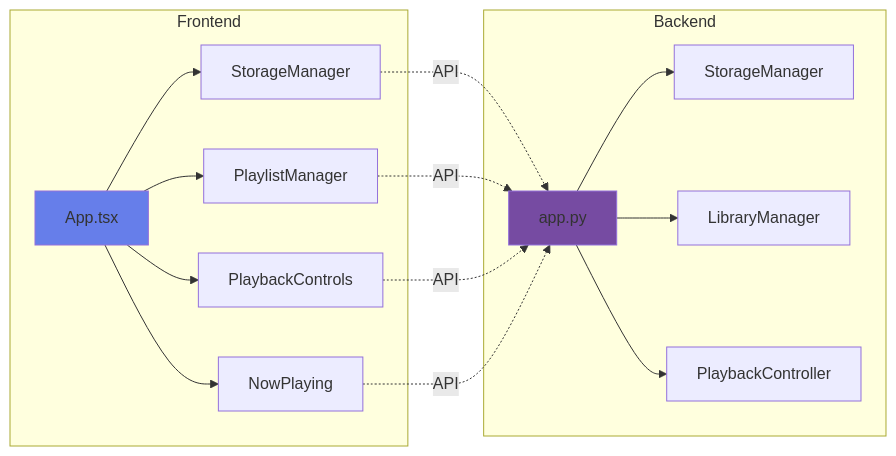
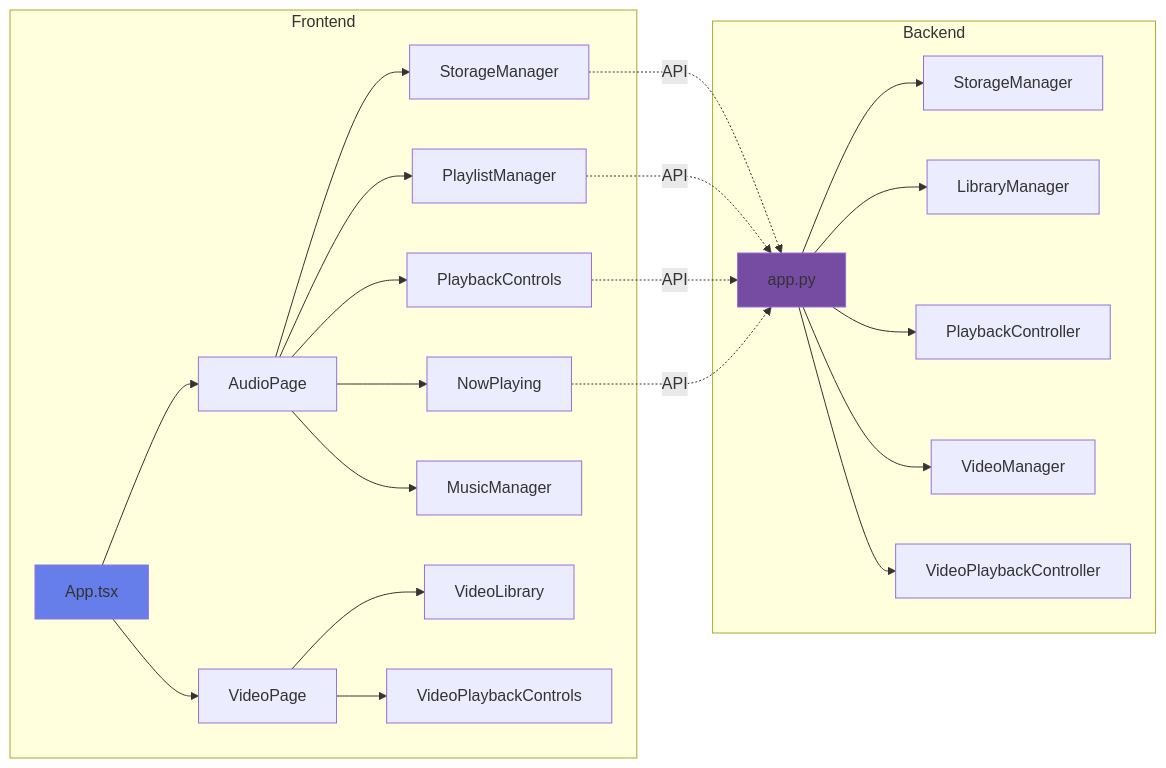
The second of 2 diagrams in README.md (xXLAOKOONXx/media-player), drawn with Mermaid before and after one commit. The commit also changed other lines of this file, not shown here.

Commit message:
Update documentation for video support

````diff
--- a/README.md
+++ b/README.md
@@ -62,23 +80,30 @@
 ```mermaid
 graph LR
     subgraph Frontend
-        A[App.tsx] --> B[StorageManager]
-        A --> C[PlaylistManager]
-        A --> D[PlaybackControls]
-        A --> E[NowPlaying]
+        A[App.tsx] --> AP[AudioPage]
+        A --> VP[VideoPage]
+        AP --> B[StorageManager]
+        AP --> C[PlaylistManager]
+        AP --> D[PlaybackControls]
+        AP --> E[NowPlaying]
+        AP --> M[MusicManager]
+        VP --> VL[VideoLibrary]
+        VP --> VPC[VideoPlaybackControls]
     end
     
     subgraph Backend
         F[app.py] --> G[StorageManager]
         F --> H[LibraryManager]
         F --> I[PlaybackController]
+        F --> VM[VideoManager]
+        F --> VPC2[VideoPlaybackController]
     end
     
     B -.API.-> F
     C -.API.-> F
     D -.API.-> F
     E -.API.-> F
     
     style A fill:#667eea
     style F fill:#764ba2
 ```
````
